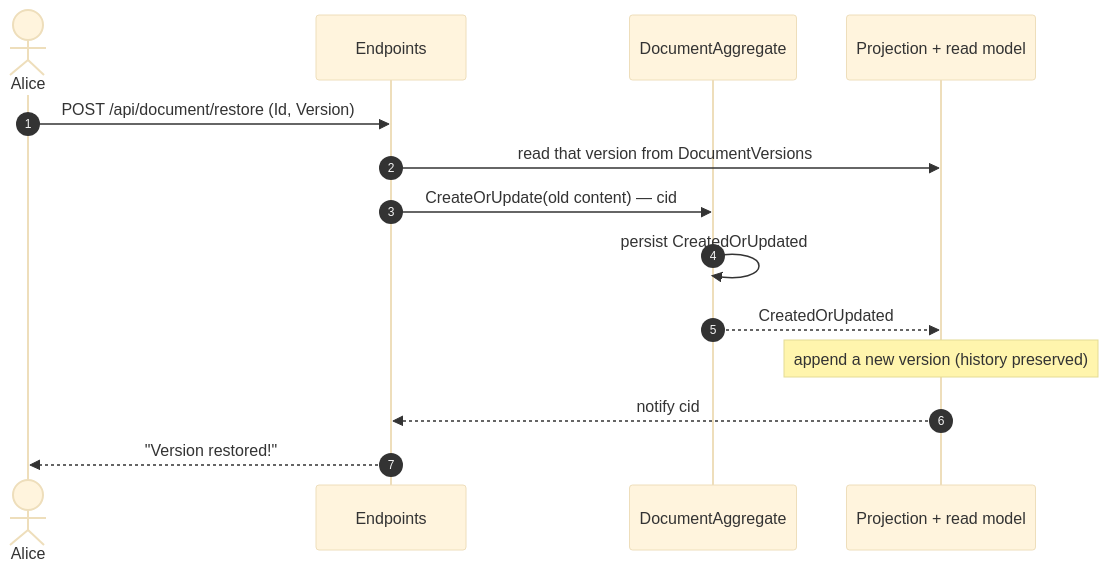
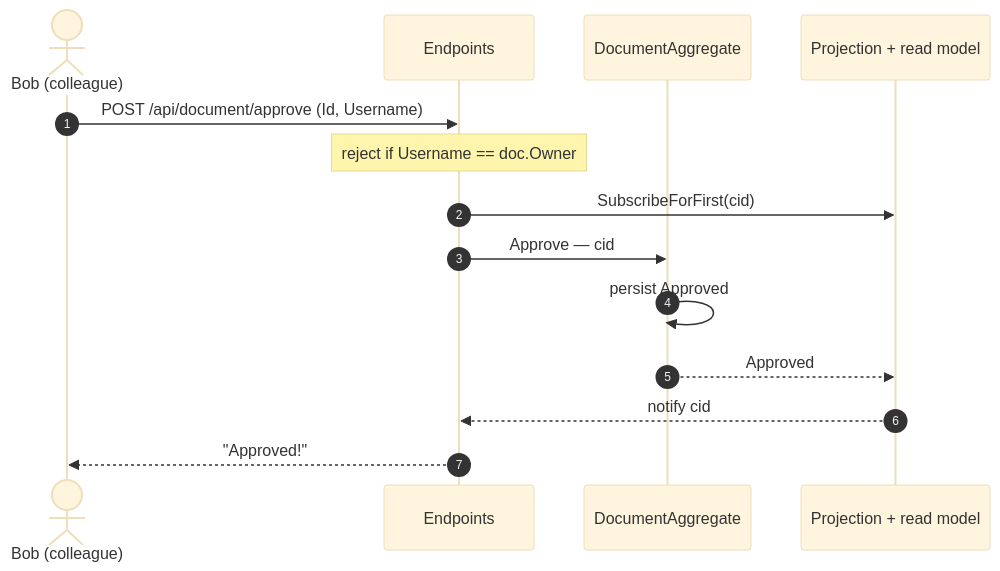
One commit to OnurGumus/focument_workshop changed the third of 4 diagrams in docs/diagrams.md. Above: the diagram before and after it, drawn with Mermaid (base theme). The commit also changed other lines of this file and 23 other files, not shown here.

````diff
--- a/docs/diagrams.md
+++ b/docs/diagrams.md
@@ -80,17 +110,17 @@
 ```mermaid
 sequenceDiagram
     autonumber
-    actor U as Alice
+    actor B as Bob (colleague)
     participant W as Endpoints
     participant D as DocumentAggregate
     participant P as Projection + read model
 
-    U->>W: POST /api/document/restore (Id, Version)
-    W->>P: read that version from DocumentVersions
-    W->>D: CreateOrUpdate(old content) — cid
-    D->>D: persist CreatedOrUpdated
-    D-->>P: CreatedOrUpdated
-    Note over P: append a new version (history preserved)
+    B->>W: POST /api/document/approve (Id, Username)
+    Note over W: reject if Username == doc.Owner
+    W->>P: SubscribeForFirst(cid)
+    W->>D: Approve — cid
+    D->>D: persist Approved
+    D-->>P: Approved
     P-->>W: notify cid
-    W-->>U: "Version restored!"
+    W-->>B: "Approved!"
 ```
````
